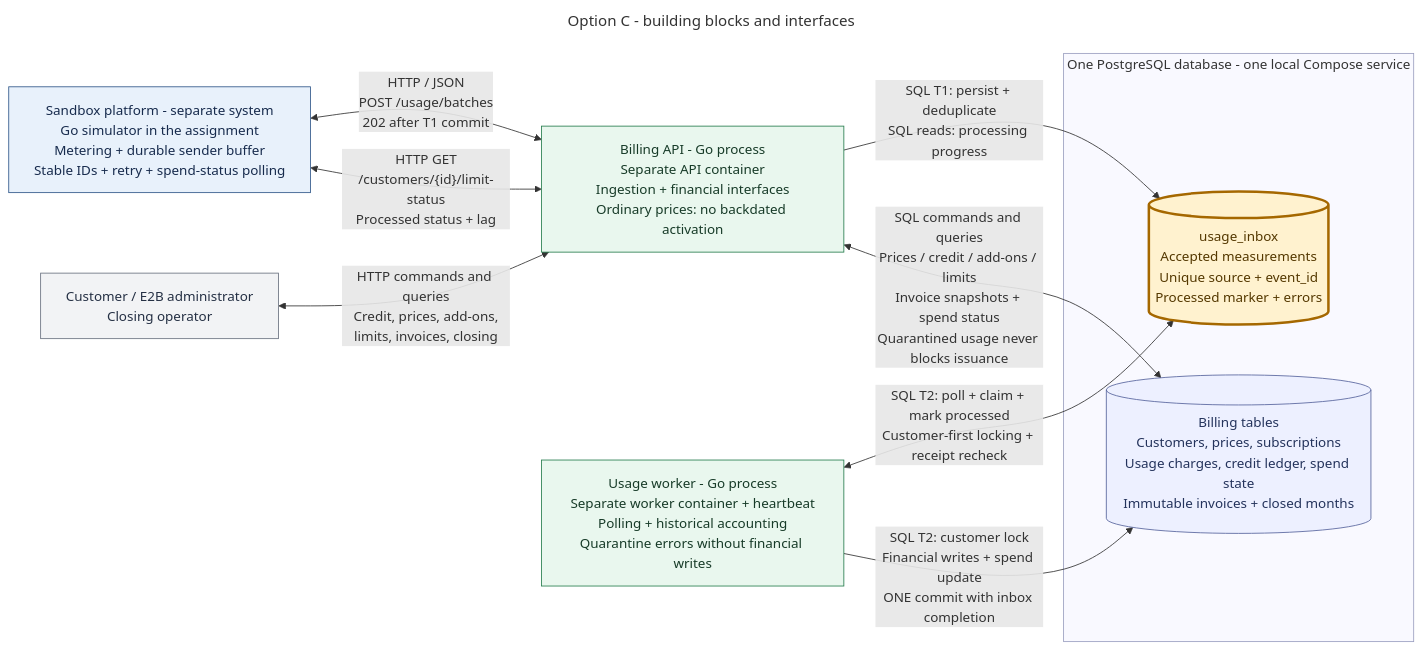
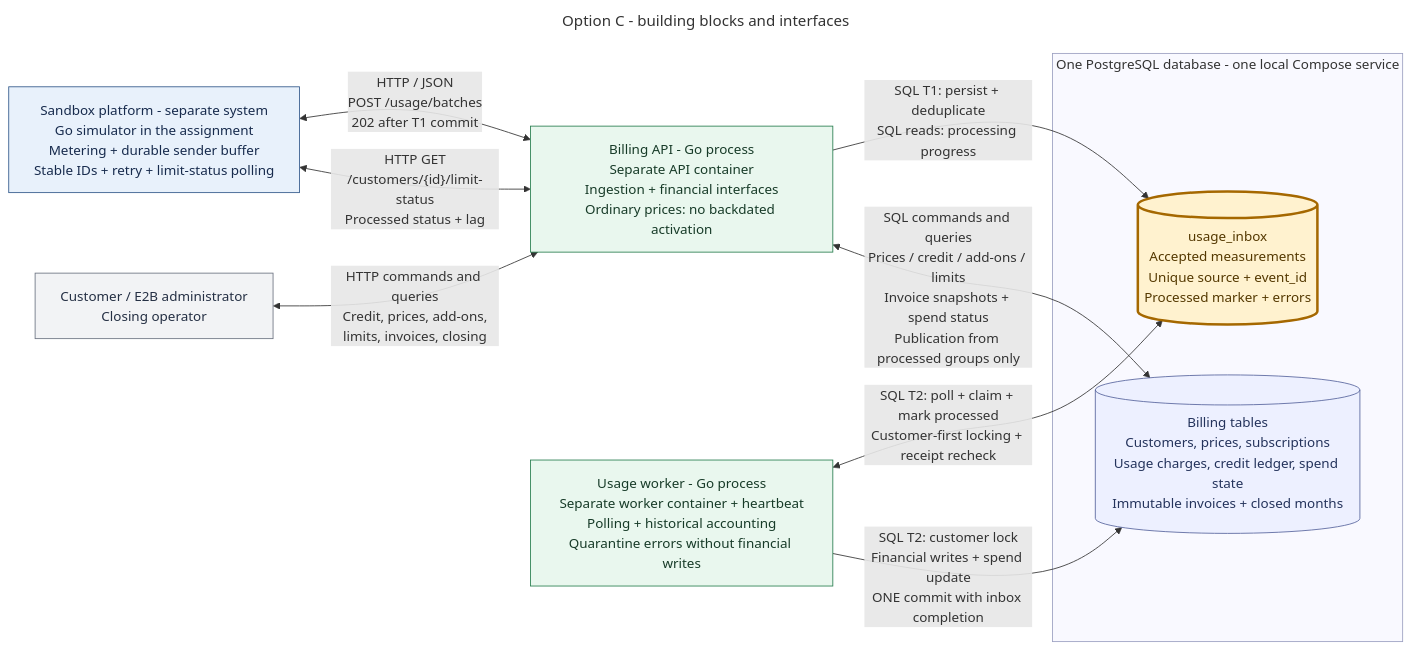
One commit to pupitooo/e2b-billing-api changed the diagram in docs/diagrams/option-c-components/option-c-components.mmd. Above: the diagram before and after it, drawn with Mermaid. The commit also changed 17 other files, not shown here.

```diff
--- a/docs/diagrams/option-c-components/option-c-components.mmd
+++ b/docs/diagrams/option-c-components/option-c-components.mmd
@@ -1,47 +1,47 @@
 ---
 title: Option C - building blocks and interfaces
 config:
   layout: dagre
   flowchart:
     wrappingWidth: 300
     nodeSpacing: 60
     rankSpacing: 75
 ---
-%% Option C foundation includes PostgreSQL, usage_inbox, and Go runtime skeletons.
+%% Implemented option C uses PostgreSQL, usage_inbox, a Go API and a separate Go worker.
 %% API and worker must run in separate processes and containers for independent lifecycle control.
 %% Durable ingestion, accounting and invoice publication are implemented.
 %% The two storage blocks are tables in one PostgreSQL database.
 %% Solid arrows identify HTTP or SQL interfaces.
 %% T2 includes claiming the inbox row, financial writes, and marking it processed.
 %% Closing holds the customer account lock for one publication transaction and never drains usage.
 flowchart LR
-    platform["Sandbox platform - separate system<br/>Go simulator in the assignment<br/>Metering + durable sender buffer<br/>Stable IDs + retry + spend-status polling"]
+    platform["Sandbox platform - separate system<br/>Go simulator in the assignment<br/>Metering + durable sender buffer<br/>Stable IDs + retry + limit-status polling"]
     callers["Customer / E2B administrator<br/>Closing operator"]
     api["Billing API - Go process<br/>Separate API container<br/>Ingestion + financial interfaces<br/>Ordinary prices: no backdated activation"]
     worker["Usage worker - Go process<br/>Separate worker container + heartbeat<br/>Polling + historical accounting<br/>Quarantine errors without financial writes"]
 
     subgraph database["One PostgreSQL database - one local Compose service"]
         inbox[("usage_inbox<br/>Accepted measurements<br/>Unique source + event_id<br/>Processed marker + errors")]
         accounting[("Billing tables<br/>Customers, prices, subscriptions<br/>Usage charges, credit ledger, spend state<br/>Immutable invoices + closed months")]
     end
 
     platform <-->|"HTTP / JSON<br/>POST /usage/batches<br/>202 after T1 commit"| api
     platform <-->|"HTTP GET<br/>/customers/{id}/limit-status<br/>Processed status + lag"| api
     callers <-->|"HTTP commands and queries<br/>Credit, prices, add-ons,<br/>limits, invoices, closing"| api
 
     api -->|"SQL T1: persist + deduplicate<br/>SQL reads: processing progress"| inbox
     worker <-->|"SQL T2: poll + claim + mark processed<br/>Customer-first locking + receipt recheck"| inbox
     worker -->|"SQL T2: customer lock<br/>Financial writes + spend update<br/>ONE commit with inbox completion"| accounting
-    api <-->|"SQL commands and queries<br/>Prices / credit / add-ons / limits<br/>Invoice snapshots + spend status<br/>Quarantined usage never blocks issuance"| accounting
+    api <-->|"SQL commands and queries<br/>Prices / credit / add-ons / limits<br/>Invoice snapshots + spend status<br/>Publication from processed groups only"| accounting
 
     classDef platformNode fill:#e8f1fb,stroke:#31588a,color:#172b4d;
     classDef goModule fill:#e9f7ee,stroke:#287d4e,color:#173b28;
-    classDef firstStep fill:#fff2cf,stroke:#a56800,color:#543800,stroke-width:3px;
+    classDef receiptStore fill:#fff2cf,stroke:#a56800,color:#543800,stroke-width:3px;
     classDef storedData fill:#edf0ff,stroke:#56649c,color:#24335c;
     classDef actor fill:#f2f3f5,stroke:#6b7280,color:#253044;
     class platform platformNode;
     class api,worker goModule;
-    class inbox firstStep;
+    class inbox receiptStore;
     class accounting storedData;
     class callers actor;
     style database fill:#f9f9ff,stroke:#9b9fc0;
```
